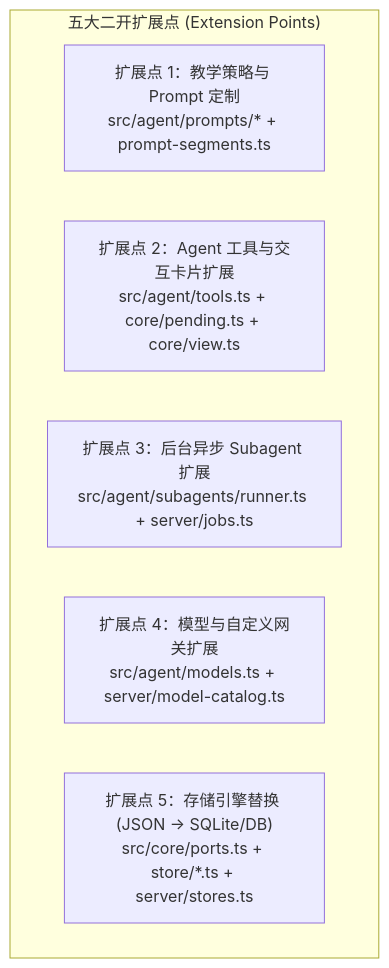
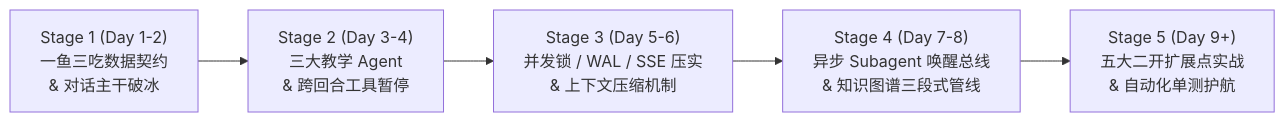
One commit to nakseuksa/learnharness changed the second of 2 diagrams in 学习文档/00-Java开发者专属学习计划与二开指南.md. Above: the diagram before and after it, drawn with Mermaid. The commit also changed other lines of this file, not shown here.

````diff
--- a/学习文档/00-Java开发者专属学习计划与二开指南.md
+++ b/学习文档/00-Java开发者专属学习计划与二开指南.md
@@ -47,10 +102,7 @@
 ```mermaid
-flowchart TD
-    subgraph EP["五大二开扩展点 (Extension Points)"]
-        EP1["扩展点 1：教学策略与 Prompt 定制<br/>src/agent/prompts/* + prompt-segments.ts"]
-        EP2["扩展点 2：Agent 工具与交互卡片扩展<br/>src/agent/tools.ts + core/pending.ts + core/view.ts"]
-        EP3["扩展点 3：后台异步 Subagent 扩展<br/>src/agent/subagents/runner.ts + server/jobs.ts"]
-        EP4["扩展点 4：模型与自定义网关扩展<br/>src/agent/models.ts + server/model-catalog.ts"]
-        EP5["扩展点 5：存储引擎替换 (JSON → SQLite/DB)<br/>src/core/ports.ts + store/*.ts + server/stores.ts"]
-    end
+flowchart LR
+    S1["Stage 1 (Day 1-2)<br/>一鱼三吃数据契约<br/>& 对话主干破冰"] --> S2["Stage 2 (Day 3-4)<br/>三大教学 Agent<br/>& 跨回合工具暂停"]
+    S2 --> S3["Stage 3 (Day 5-6)<br/>并发锁 / WAL / SSE 压实<br/>& 上下文压缩机制"]
+    S3 --> S4["Stage 4 (Day 7-8)<br/>异步 Subagent 唤醒总线<br/>& 知识图谱三段式管线"]
+    S4 --> S5["Stage 5 (Day 9+)<br/>五大二开扩展点实战<br/>& 自动化单测护航"]
 ```
````
